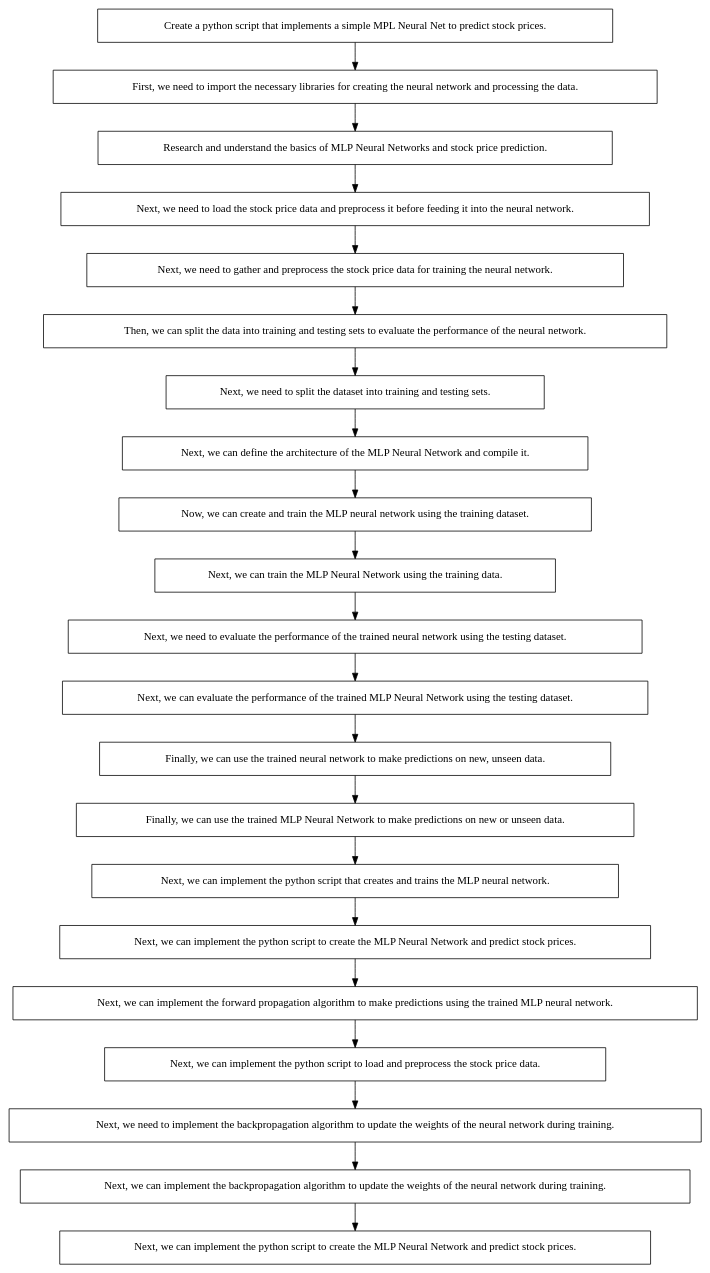
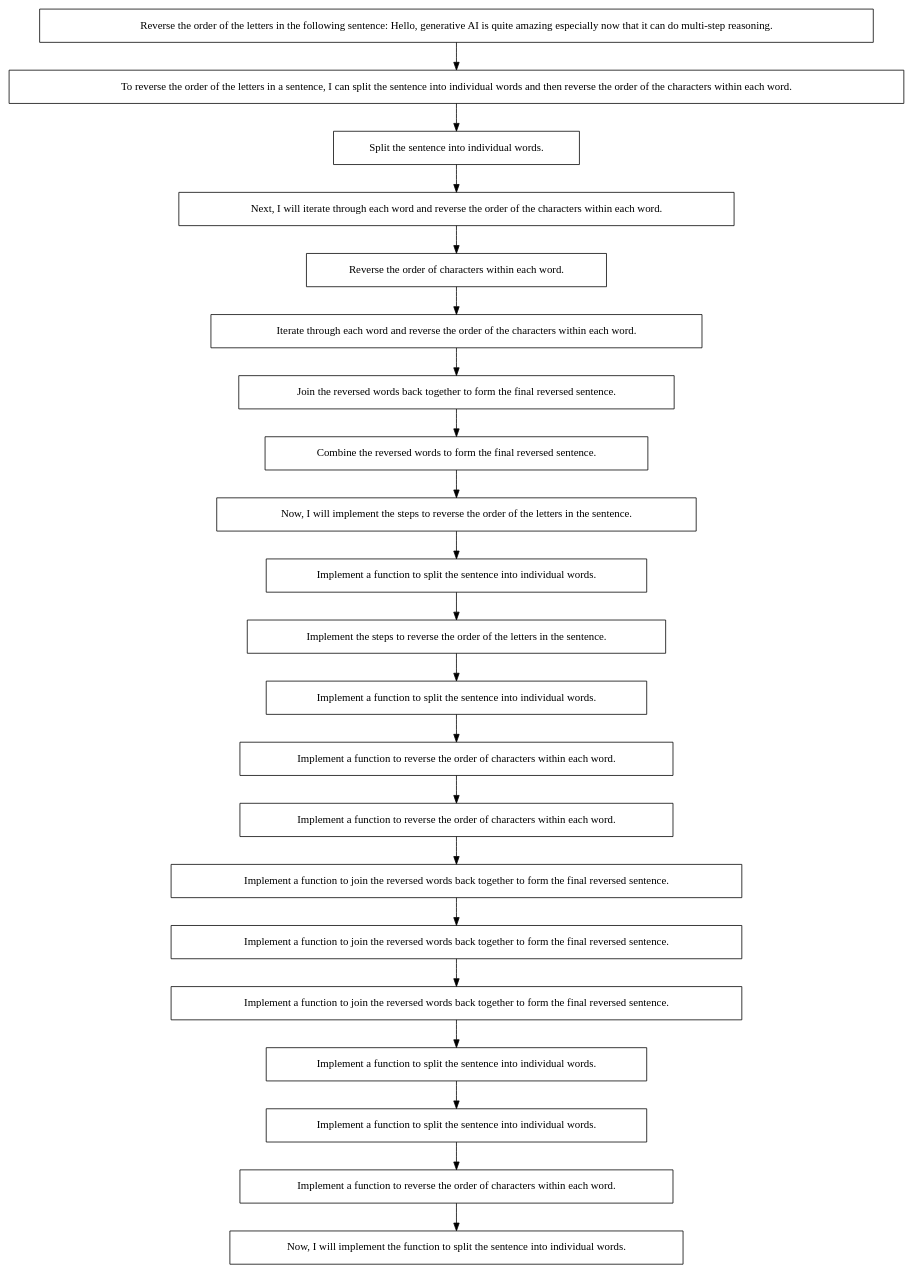
One commit to nicstephens/nic-star changed the diagram in Digraph.gv. Above: the diagram before and after it, drawn with Graphviz. The commit also changed 13 other files, not shown here.

```diff
--- a/Digraph.gv
+++ b/Digraph.gv
@@ -1,44 +1,44 @@
 digraph {
 	node [fixedsize=false height=0 margin="0.2,0.2" shape=box width=3]
-	140214814304944 [label="Create a python script that implements a simple MPL Neural Net to predict stock prices."]
-	140214814304944 -> 140214903576848
-	140214903576848 [label="First, we need to import the necessary libraries for creating the neural network and processing the data."]
-	140214903576848 -> 140214483518576
-	140214483518576 [label="Research and understand the basics of MLP Neural Networks and stock price prediction."]
-	140214483518576 -> 140214484949552
-	140214484949552 [label="Next, we need to load the stock price data and preprocess it before feeding it into the neural network."]
-	140214484949552 -> 140214480591408
-	140214480591408 [label="Next, we need to gather and preprocess the stock price data for training the neural network."]
-	140214480591408 -> 140214481435728
-	140214481435728 [label="Then, we can split the data into training and testing sets to evaluate the performance of the neural network."]
-	140214481435728 -> 140214478921392
-	140214478921392 [label="Next, we need to split the dataset into training and testing sets."]
-	140214478921392 -> 140214480201216
-	140214480201216 [label="Next, we can define the architecture of the MLP Neural Network and compile it."]
-	140214480201216 -> 140214480472400
-	140214480472400 [label="Now, we can create and train the MLP neural network using the training dataset."]
-	140214480472400 -> 140214479474080
-	140214479474080 [label="Next, we can train the MLP Neural Network using the training data."]
-	140214479474080 -> 140214483744336
-	140214483744336 [label="Next, we need to evaluate the performance of the trained neural network using the testing dataset."]
-	140214483744336 -> 140214483294192
-	140214483294192 [label="Next, we can evaluate the performance of the trained MLP Neural Network using the testing dataset."]
-	140214483294192 -> 140214479232352
-	140214479232352 [label="Finally, we can use the trained neural network to make predictions on new, unseen data."]
-	140214479232352 -> 140214814943584
-	140214814943584 [label="Finally, we can use the trained MLP Neural Network to make predictions on new or unseen data."]
-	140214814943584 -> 140214479886656
-	140214479886656 [label="Next, we can implement the python script that creates and trains the MLP neural network."]
-	140214479886656 -> 140214484540768
-	140214484540768 [label="Next, we can implement the python script to create the MLP Neural Network and predict stock prices."]
-	140214484540768 -> 140214481802000
-	140214481802000 [label="Next, we can implement the forward propagation algorithm to make predictions using the trained MLP neural network."]
-	140214481802000 -> 140214478807808
-	140214478807808 [label="Next, we can implement the python script to load and preprocess the stock price data."]
-	140214478807808 -> 140214483744864
-	140214483744864 [label="Next, we need to implement the backpropagation algorithm to update the weights of the neural network during training."]
-	140214483744864 -> 140214480479600
-	140214480479600 [label="Next, we can implement the backpropagation algorithm to update the weights of the neural network during training."]
-	140214480479600 -> 140214480589584
-	140214480589584 [label="Next, we can implement the python script to create the MLP Neural Network and predict stock prices."]
+	1377893031936 [label="Reverse the order of the letters in the following sentence: Hello, generative AI is quite amazing especially now that it can do multi-step reasoning."]
+	1377893031936 -> 1377867921360
+	1377867921360 [label="To reverse the order of the letters in a sentence, I can split the sentence into individual words and then reverse the order of the characters within each word."]
+	1377867921360 -> 1377893028672
+	1377893028672 [label="Split the sentence into individual words."]
+	1377893028672 -> 1377877973120
+	1377877973120 [label="Next, I will iterate through each word and reverse the order of the characters within each word."]
+	1377877973120 -> 1377877972496
+	1377877972496 [label="Reverse the order of characters within each word."]
+	1377877972496 -> 1377889364656
+	1377889364656 [label="Iterate through each word and reverse the order of the characters within each word."]
+	1377889364656 -> 1377892587456
+	1377892587456 [label="Join the reversed words back together to form the final reversed sentence."]
+	1377892587456 -> 1377892587024
+	1377892587024 [label="Combine the reversed words to form the final reversed sentence."]
+	1377892587024 -> 1377893035632
+	1377893035632 [label="Now, I will implement the steps to reverse the order of the letters in the sentence."]
+	1377893035632 -> 1377895354336
+	1377895354336 [label="Implement a function to split the sentence into individual words."]
+	1377895354336 -> 1377891282592
+	1377891282592 [label="Implement the steps to reverse the order of the letters in the sentence."]
+	1377891282592 -> 1377895351936
+	1377895351936 [label="Implement a function to split the sentence into individual words."]
+	1377895351936 -> 1377894154992
+	1377894154992 [label="Implement a function to reverse the order of characters within each word."]
+	1377894154992 -> 1377916716864
+	1377916716864 [label="Implement a function to reverse the order of characters within each word."]
+	1377916716864 -> 1377873871600
+	1377873871600 [label="Implement a function to join the reversed words back together to form the final reversed sentence."]
+	1377873871600 -> 1377891763552
+	1377891763552 [label="Implement a function to join the reversed words back together to form the final reversed sentence."]
+	1377891763552 -> 1377916093792
+	1377916093792 [label="Implement a function to join the reversed words back together to form the final reversed sentence."]
+	1377916093792 -> 1377894155472
+	1377894155472 [label="Implement a function to split the sentence into individual words."]
+	1377894155472 -> 1377894367648
+	1377894367648 [label="Implement a function to split the sentence into individual words."]
+	1377894367648 -> 1377893185920
+	1377893185920 [label="Implement a function to reverse the order of characters within each word."]
+	1377893185920 -> 1377916530336
+	1377916530336 [label="Now, I will implement the function to split the sentence into individual words."]
 }
```
